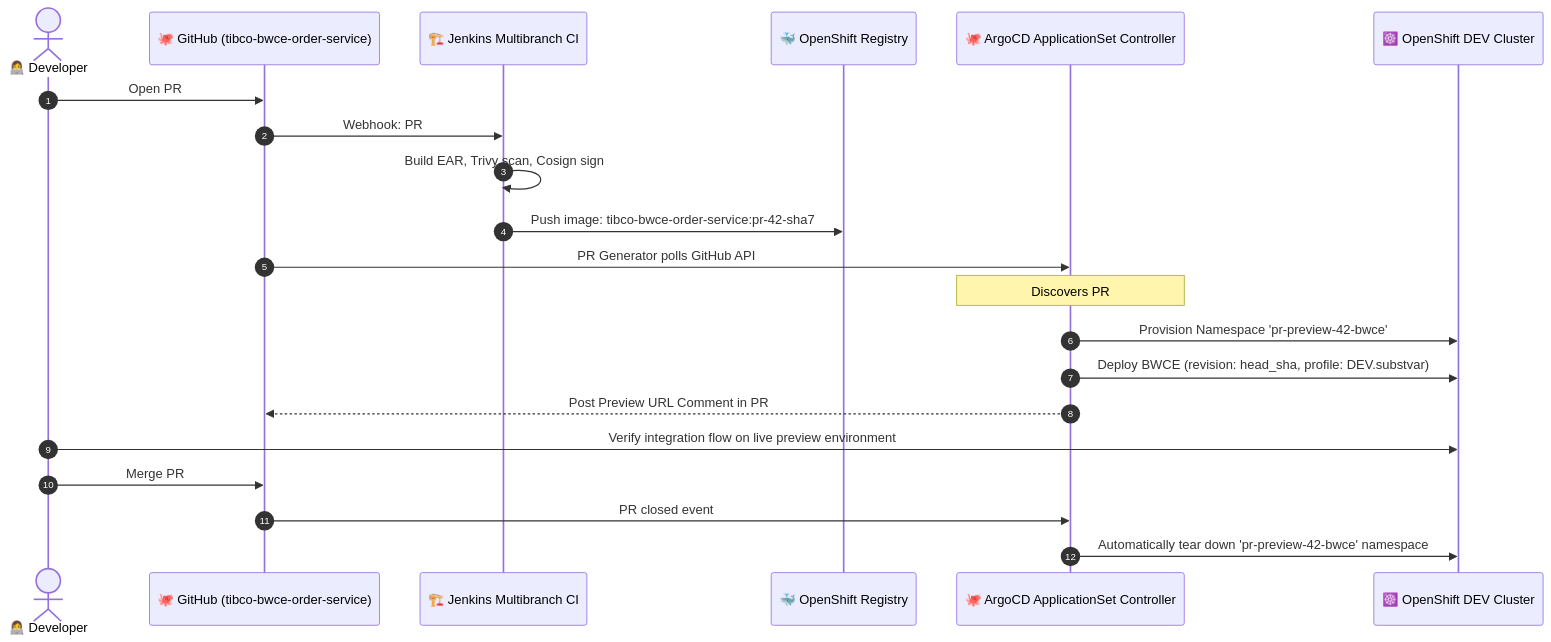
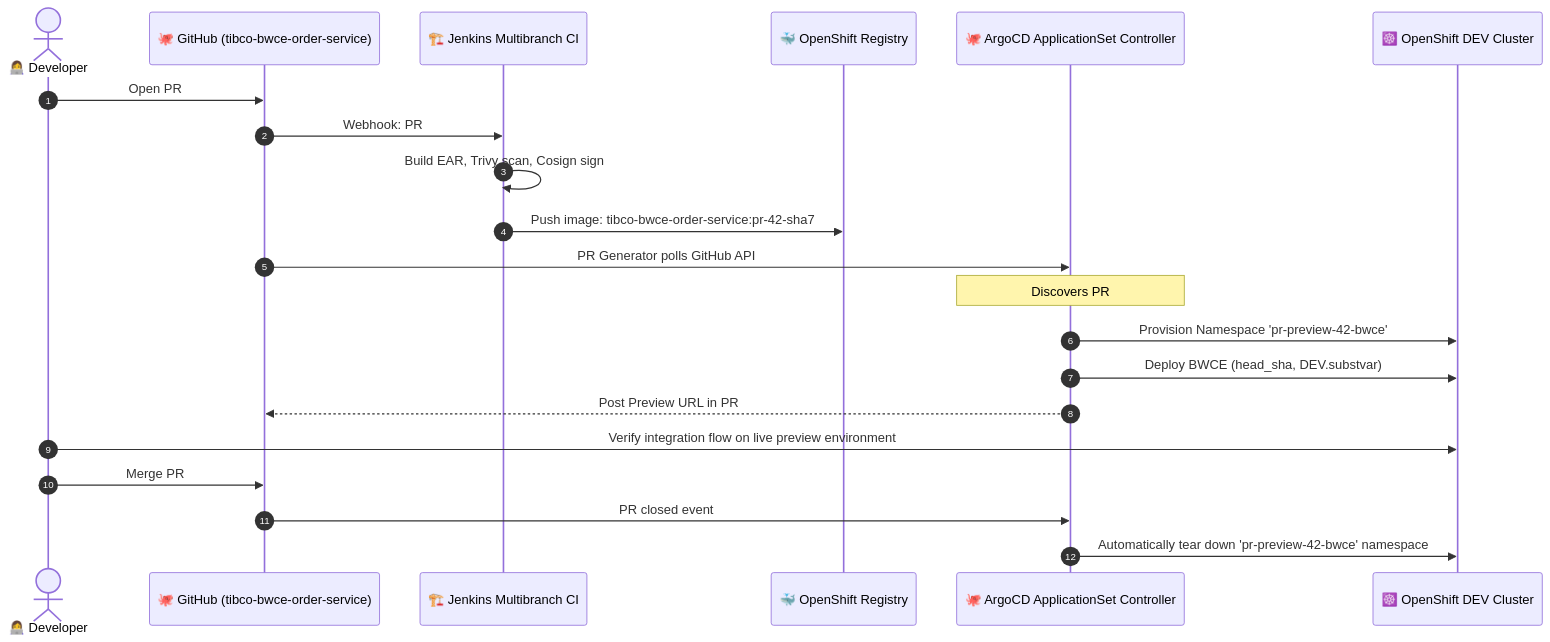
Before and after one commit to nubenetes/jenkins-without-git-parameter-bwce: the sixth of 11 diagrams in README.md, drawn with Mermaid. The commit also changed other lines of this file, not shown here.

Commit message:
docs: optimize Mermaid diagram labels, text wrapping, and sequence notes to prevent text truncation

````diff
--- a/README.md
+++ b/README.md
@@ -487,27 +487,27 @@
 ```mermaid
 sequenceDiagram
     autonumber
     actor Dev as 👩‍💻 Developer
     participant GitHub as 🐙 GitHub (tibco-bwce-order-service)
     participant Jenkins as 🏗️ Jenkins Multibranch CI
     participant Registry as 🐳 OpenShift Registry
     participant ArgoCD as 🐙 ArgoCD ApplicationSet Controller
     participant Cluster as ☸️ OpenShift DEV Cluster
 
     Dev->>GitHub: Open PR #42 (feature/new-order-flow)
     GitHub->>Jenkins: Webhook: PR #42 created
     Jenkins->>Jenkins: Build EAR, Trivy scan, Cosign sign
     Jenkins->>Registry: Push image: tibco-bwce-order-service:pr-42-sha7
     
     GitHub->>ArgoCD: PR Generator polls GitHub API
-    Note over ArgoCD: Discovers PR #42 with label 'preview-environment'
+    Note over ArgoCD: Discovers PR #42<br/>label: preview-environment
     ArgoCD->>Cluster: Provision Namespace 'pr-preview-42-bwce'
-    ArgoCD->>Cluster: Deploy BWCE (revision: head_sha, profile: DEV.substvar)
-    ArgoCD-->>GitHub: Post Preview URL Comment in PR #42
+    ArgoCD->>Cluster: Deploy BWCE (head_sha, DEV.substvar)
+    ArgoCD-->>GitHub: Post Preview URL in PR #42
     
     Dev->>Cluster: Verify integration flow on live preview environment
     
     Dev->>GitHub: Merge PR #42 into main
     GitHub->>ArgoCD: PR closed event
     ArgoCD->>Cluster: Automatically tear down 'pr-preview-42-bwce' namespace
 ```
````
